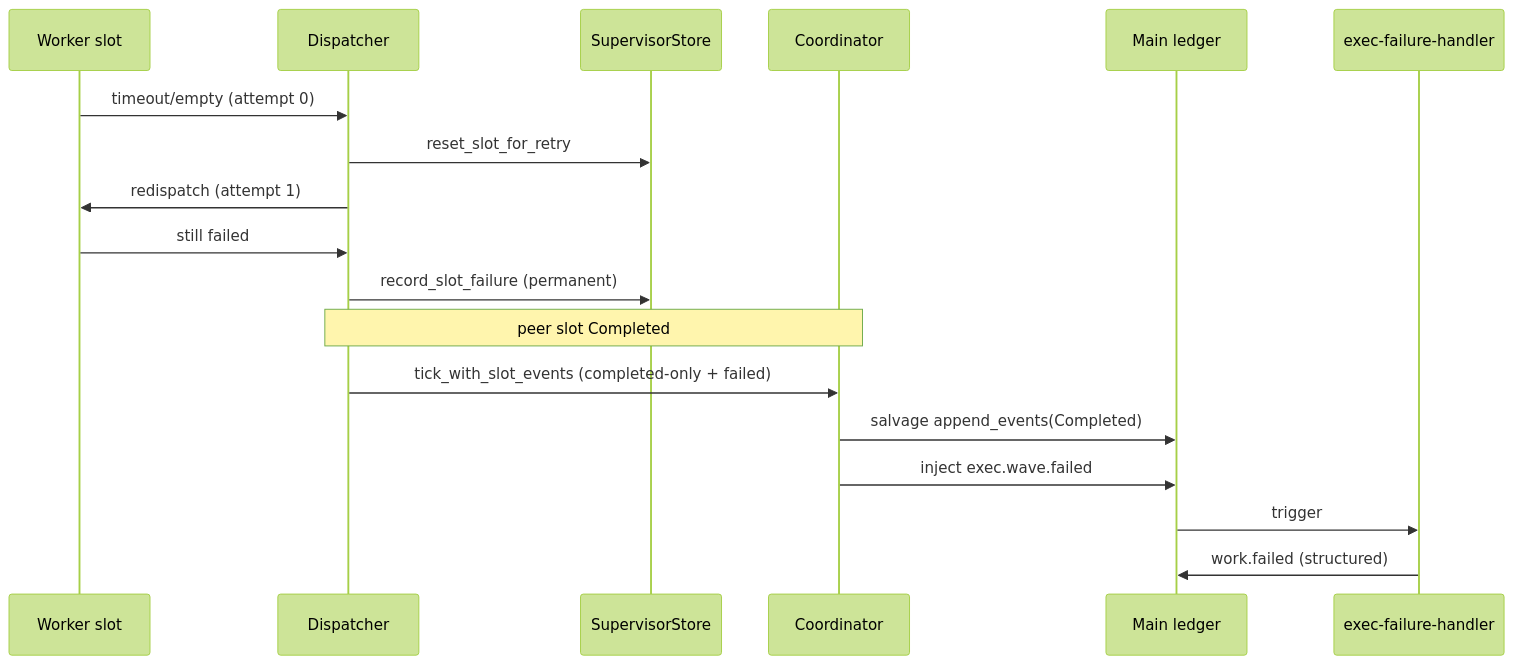
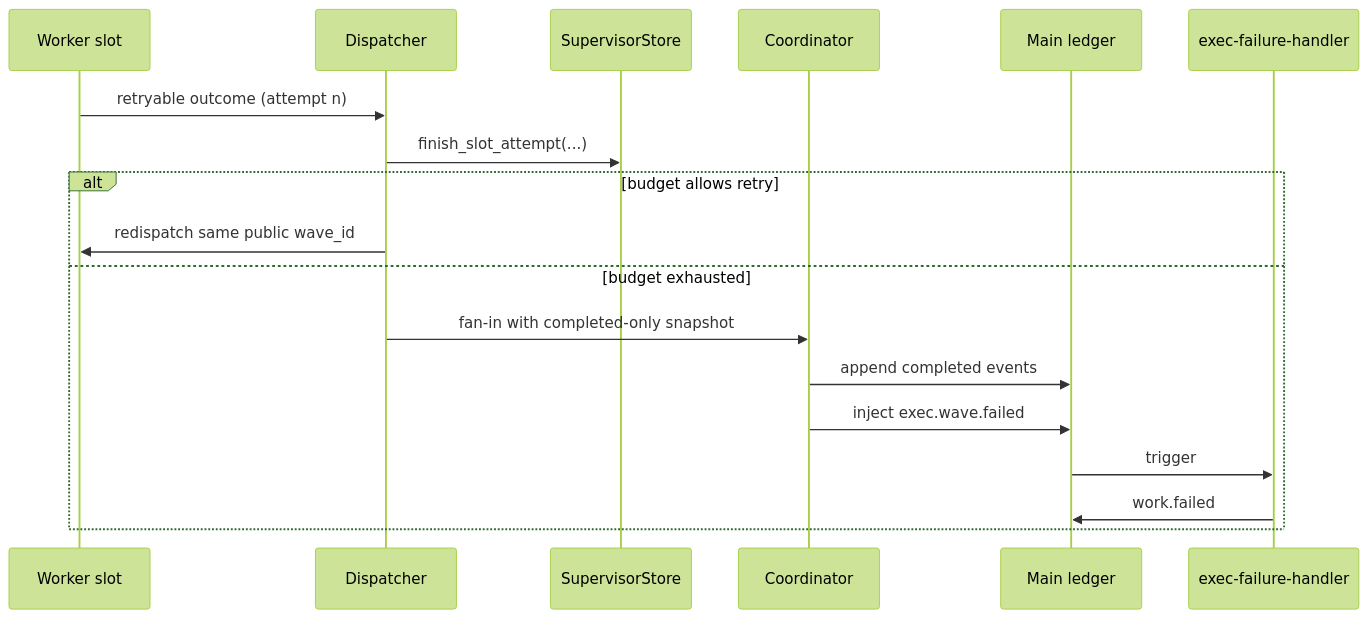
Before and after one commit to pittcat/ralph-orchestrator: the second of 2 diagrams in docs/plans/2026-07-25-005-fix-supervisor-slot-activity-salvage-redrive-plan.md, drawn with Mermaid (forest theme). The commit also changed other lines of this file and 1 other file, not shown here.

````diff
--- a/docs/plans/2026-07-25-005-fix-supervisor-slot-activity-salvage-redrive-plan.md
+++ b/docs/plans/2026-07-25-005-fix-supervisor-slot-activity-salvage-redrive-plan.md
@@ -154,21 +135,21 @@
 ```mermaid
 sequenceDiagram
   participant W as Worker slot
   participant D as Dispatcher
   participant S as SupervisorStore
   participant C as Coordinator
   participant L as Main ledger
   participant H as exec-failure-handler
 
-  W->>D: timeout/empty (attempt 0)
-  D->>S: reset_slot_for_retry
-  D->>W: redispatch (attempt 1)
-  W->>D: still failed
-  D->>S: record_slot_failure (permanent)
-  Note over D,C: peer slot Completed
-  D->>C: tick_with_slot_events (completed-only + failed)
-  C->>L: salvage append_events(Completed)
-  C->>L: inject exec.wave.failed
-  L->>H: trigger
-  H->>L: work.failed (structured)
+  W->>D: retryable outcome (attempt n)
+  D->>S: finish_slot_attempt(...)
+  alt budget allows retry
+    D->>W: redispatch same public wave_id
+  else budget exhausted
+    D->>C: fan-in with completed-only snapshot
+    C->>L: append completed events
+    C->>L: inject exec.wave.failed
+    L->>H: trigger
+    H->>L: work.failed
+  end
 ```
````
